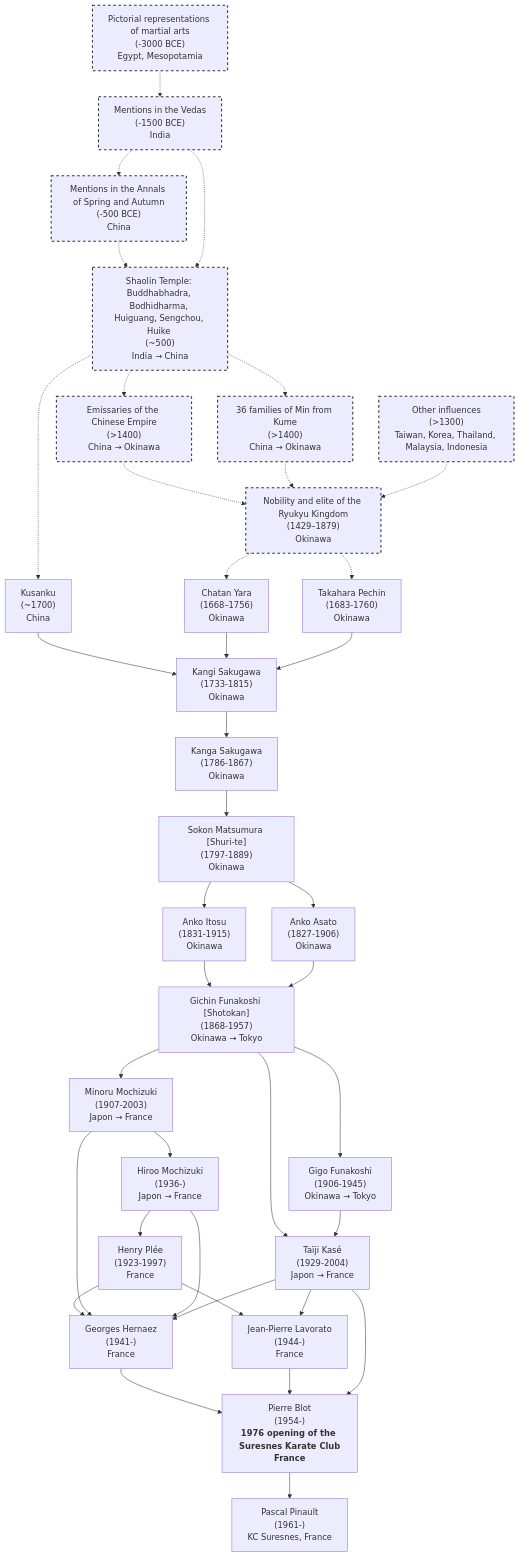
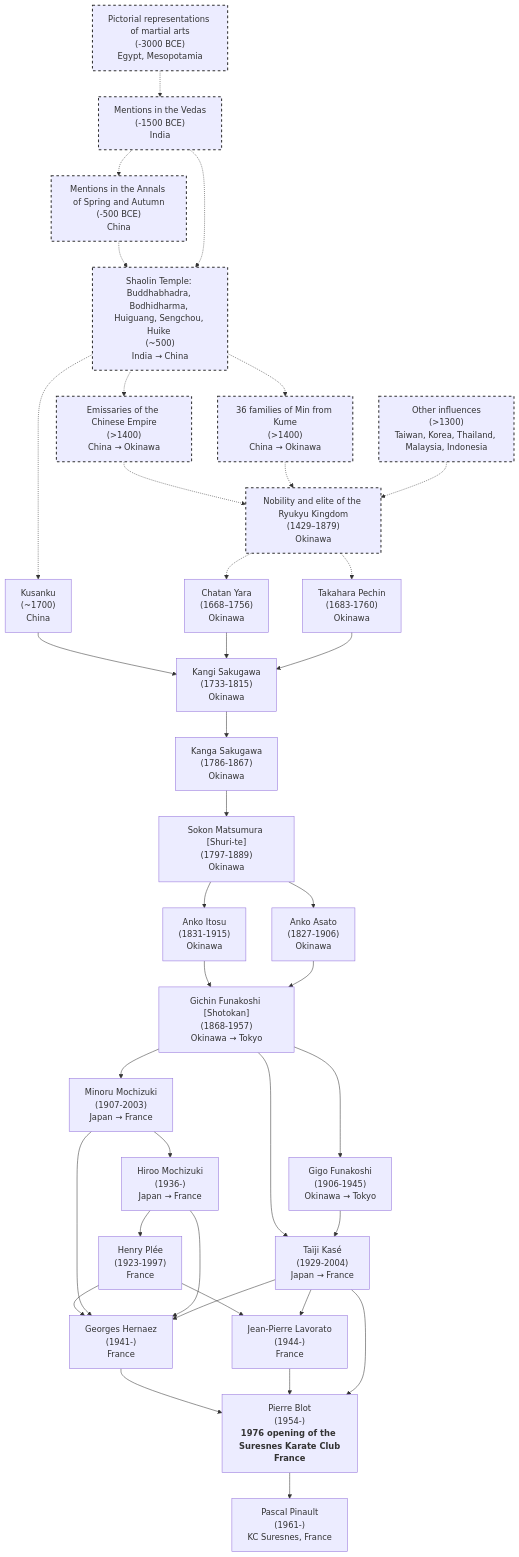
Before and after one commit to NicolasPA/kcsuresnes: the diagram in pages/lineage.md, drawn with Mermaid.

````diff
--- a/pages/lineage.md
+++ b/pages/lineage.md
@@ -3,51 +3,51 @@
 ```mermaid
 graph TD
     A01["Pictorial representations of martial arts<br/>(-3000 BCE)<br/>Egypt, Mesopotamia"]
     -.-> A02["Mentions in the Vedas<br/>(-1500 BCE)<br/>India"]
     -.-> A03["Mentions in the Annals of Spring and Autumn<br/>(-500 BCE)<br/>China"]
     -.-> A04["Shaolin Temple: Buddhabhadra, Bodhidharma, Huiguang, Sengchou, Huike <br/>(~500)<br/>India → China"]
     A02 -.-> A04
 
     -.-> A05["36 families of Min from Kume<br/>(>1400)<br/>China → Okinawa"]
     A04 -.-> A06["Emissaries of the Chinese Empire<br/>(>1400)<br/>China → Okinawa"]
     -.-> A07["Nobility and elite of the Ryukyu Kingdom<br/>(1429–1879)<br/>Okinawa"]
     A05 -.-> A07
     A08["Other influences<br/>(>1300)<br/>Taiwan, Korea, Thailand, Malaysia, Indonesia"]
     A08 -.-> A07
 
     A04 -.-> A1["Kusanku<br/>(~1700)<br/>China"]
     A2["Chatan Yara<br/>(1668–1756)<br/>Okinawa"]
     A07 -.-> A2
     A3["Takahara Pechin<br/>(1683-1760)<br/>Okinawa"]
     A07 -.-> A3
     B1["Kangi Sakugawa<br/>(1733-1815)<br/>Okinawa"]
     A1 --> B1
     A2 --> B1
     A3 --> B1
     --> B2["Kanga Sakugawa<br/>(1786-1867)<br/>Okinawa"]
     --> C["Sokon Matsumura [Shuri-te]<br/>(1797-1889)<br/>Okinawa"]
     --> D["Anko Itosu<br/>(1831-1915)<br/>Okinawa"]
     C --> E["Anko Asato<br/>(1827-1906)<br/>Okinawa"]
     D --> F["Gichin Funakoshi [Shotokan]<br/>(1868-1957)<br/>Okinawa → Tokyo"]
     --> F2["Gigo Funakoshi<br/>(1906-1945)<br/>Okinawa → Tokyo"]
     E --> F
-    --> G["Minoru Mochizuki<br/>(1907-2003)<br/>Japon → France"]
-    --> H["Hiroo Mochizuki<br/>(1936-)<br/>Japon → France"]
+    --> G["Minoru Mochizuki<br/>(1907-2003)<br/>Japan → France"]
+    --> H["Hiroo Mochizuki<br/>(1936-)<br/>Japan → France"]
     --> I["Henry Plée<br/>(1923-1997)<br/>France"]
-    J["Taïji Kasé<br/>(1929-2004)<br/>Japon → France"]
+    J["Taïji Kasé<br/>(1929-2004)<br/>Japan → France"]
     F --> J
     F2 --> J
     I --> K["Jean-Pierre Lavorato<br/>(1944-)<br/>France"]
     J --> K
     I --> L["Georges Hernaez<br/>(1941-)<br/>France"]
     G --> L
     H --> L
     J --> L
     L --> M["Pierre Blot<br/>(1954-)<br/><b>1976 opening of the Suresnes Karate Club<b/><br/>France"]
     K --> M
     J --> M
     M --> N["Pascal Pinault<br/>(1961-)<br/>KC Suresnes, France"]
     
     classDef dottedStyle stroke:#333,stroke-dasharray: 5 5,stroke-width:2px
     class A01,A02,A03,A04,A05,A06,A07,A08 dottedStyle
 ```
````
